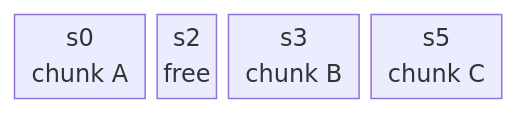
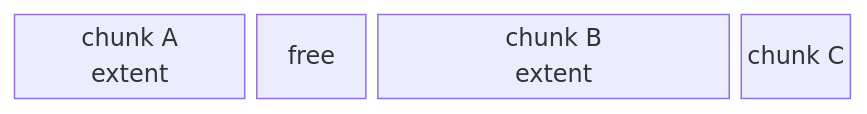
The first of 2 diagrams in docs/design/components.md (7774596/DaseR), drawn with Mermaid before and after one commit. The commit also changed other lines of this file and 92 other files, not shown here.

````diff
--- a/docs/design/components.md
+++ b/docs/design/components.md
@@ -92,8 +89,8 @@
 ```mermaid
 block-beta
     columns 7
-    s0["s0\nchunk A"]:2
-    s2["s2\nfree"]:1
-    s3["s3\nchunk B"]:2
-    s5["s5\nchunk C"]:2
+    a["chunk A\nextent"]:2
+    f0["free"]:1
+    b["chunk B\nextent"]:3
+    c["chunk C"]:1
 ```
````
